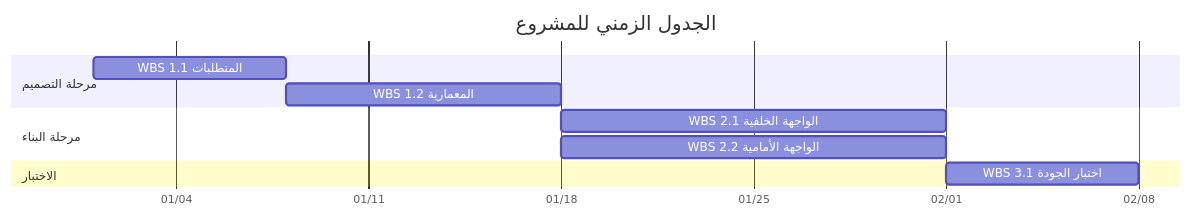
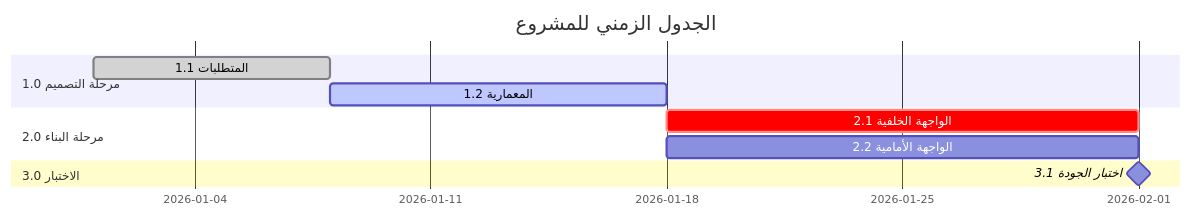
One commit to fakhruldeen/Tasleemat changed the diagram in forms/ar/04_التخطيط/03_الجدول_الزمني/08_الجدول_الزمني_للمشروع/04_03_08_الجدول_الزمني_للمشروع_قالب.md. Above: the diagram before and after it, drawn with Mermaid. The commit also changed other lines of this file and 4 other files, not shown here.

Commit message:
feat(forms): enhance Gantt to MS Project style and restore tabular data blocks to Network Diagram and Project Schedule Markdown templates

````diff
--- a/forms/ar/04_التخطيط/03_الجدول_الزمني/08_الجدول_الزمني_للمشروع/04_03_08_الجدول_الزمني_للمشروع_قالب.md
+++ b/forms/ar/04_التخطيط/03_الجدول_الزمني/08_الجدول_الزمني_للمشروع/04_03_08_الجدول_الزمني_للمشروع_قالب.md
@@ -12,18 +12,20 @@
 ```mermaid
 gantt
     title الجدول الزمني للمشروع
     dateFormat  YYYY-MM-DD
-    axisFormat  %m/%d
+    axisFormat  %Y-%m-%d
+    tickInterval 1week
     
+    %% نمط MS Project
     %% [ أضف أنشطة الجدول الزمني للمشروع هنا. فيما يلي مثال: ]
-    section مرحلة التصميم
-    WBS 1.1 المتطلبات    :a1, 2026-01-01, 7d
-    WBS 1.2 المعمارية    :a2, after a1, 10d
+    section 1.0 مرحلة التصميم
+    1.1 المتطلبات    :done, req, 2026-01-01, 7d
+    1.2 المعمارية    :active, arch, after req, 10d
     
-    section مرحلة البناء
-    WBS 2.1 الواجهة الخلفية :b1, after a2, 14d
-    WBS 2.2 الواجهة الأمامية :b2, after a2, 14d
+    section 2.0 مرحلة البناء
+    2.1 الواجهة الخلفية :crit, back, after arch, 14d
+    2.2 الواجهة الأمامية :front, after arch, 14d
     
-    section الاختبار
-    WBS 3.1 اختبار الجودة    :c1, after b1 b2, 7d
+    section 3.0 الاختبار
+    3.1 اختبار الجودة    :milestone, qa, after back front, 0d
 ```
````
